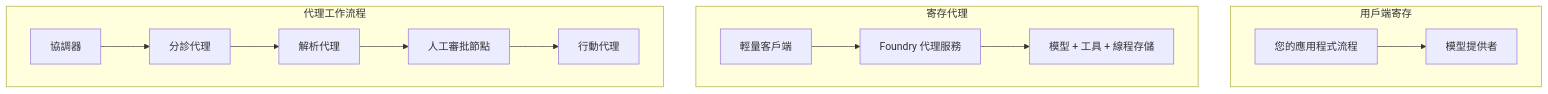
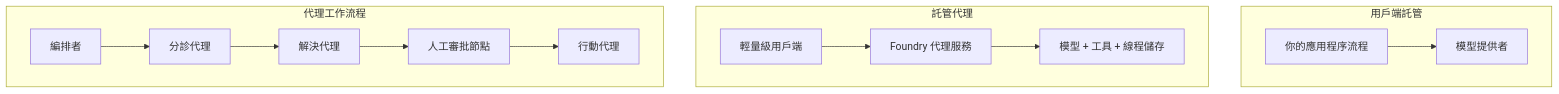
One commit to microsoft/ai-agents-for-beginners changed the first of 4 diagrams in translations/zh-MO/16-deploying-scalable-agents/README.md. Above: the diagram before and after it, drawn with Mermaid. The commit also changed other lines of this file and 44 other files, not shown here.

````diff
--- a/translations/zh-MO/16-deploying-scalable-agents/README.md
+++ b/translations/zh-MO/16-deploying-scalable-agents/README.md
@@ -87,16 +87,16 @@
 ```mermaid
 flowchart TB
-    subgraph P1[用戶端寄存]
-        A1[您的應用程式流程] --> M1[模型提供者]
+    subgraph P1[用戶端託管]
+        A1[你的應用程序流程] --> M1[模型提供者]
     end
-    subgraph P2[寄存代理]
-        A2[輕量客戶端] --> F2[Foundry 代理服務]
-        F2 --> M2[模型 + 工具 + 線程存儲]
+    subgraph P2[託管代理]
+        A2[輕量級用戶端] --> F2[Foundry 代理服務]
+        F2 --> M2[模型 + 工具 + 線程儲存]
     end
     subgraph P3[代理工作流程]
-        A3[協調器] --> S1[分診代理]
-        S1 --> S2[解析代理]
+        A3[編排者] --> S1[分診代理]
+        S1 --> S2[解決代理]
         S2 --> H[人工審批節點]
         H --> S3[行動代理]
     end
 ```
````
